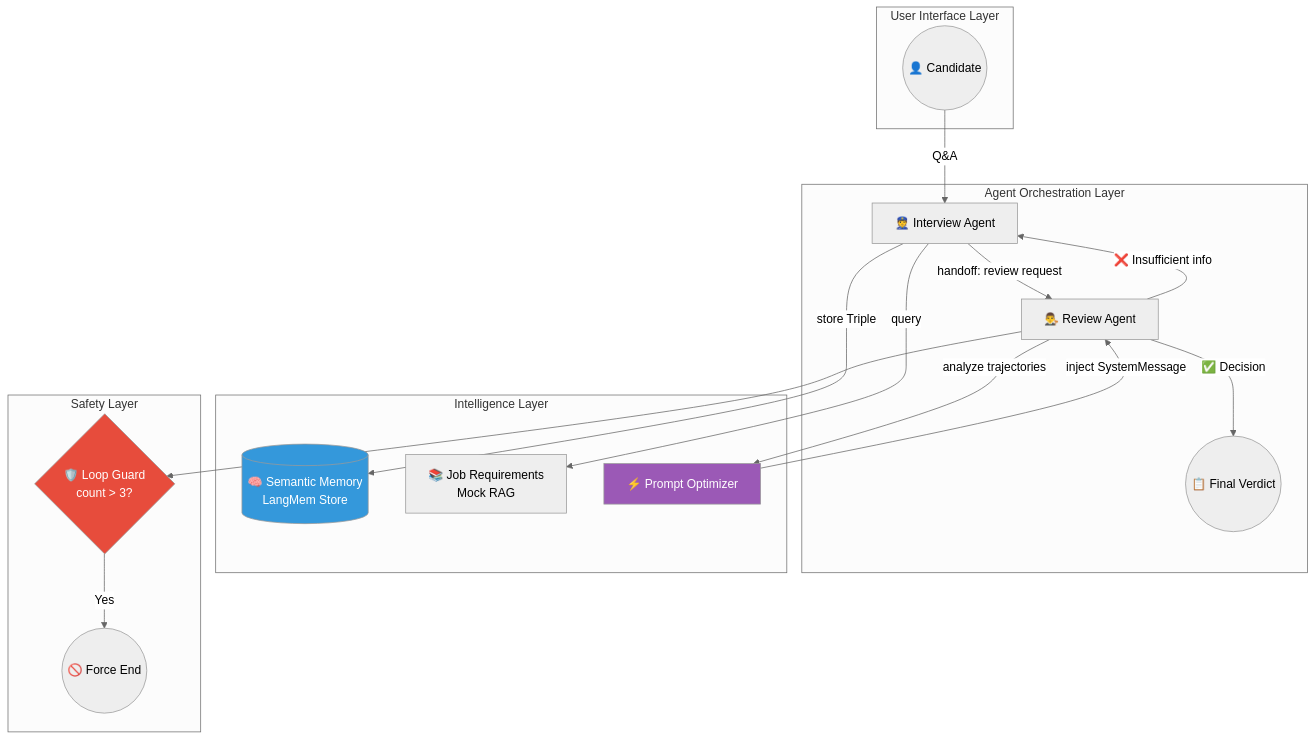
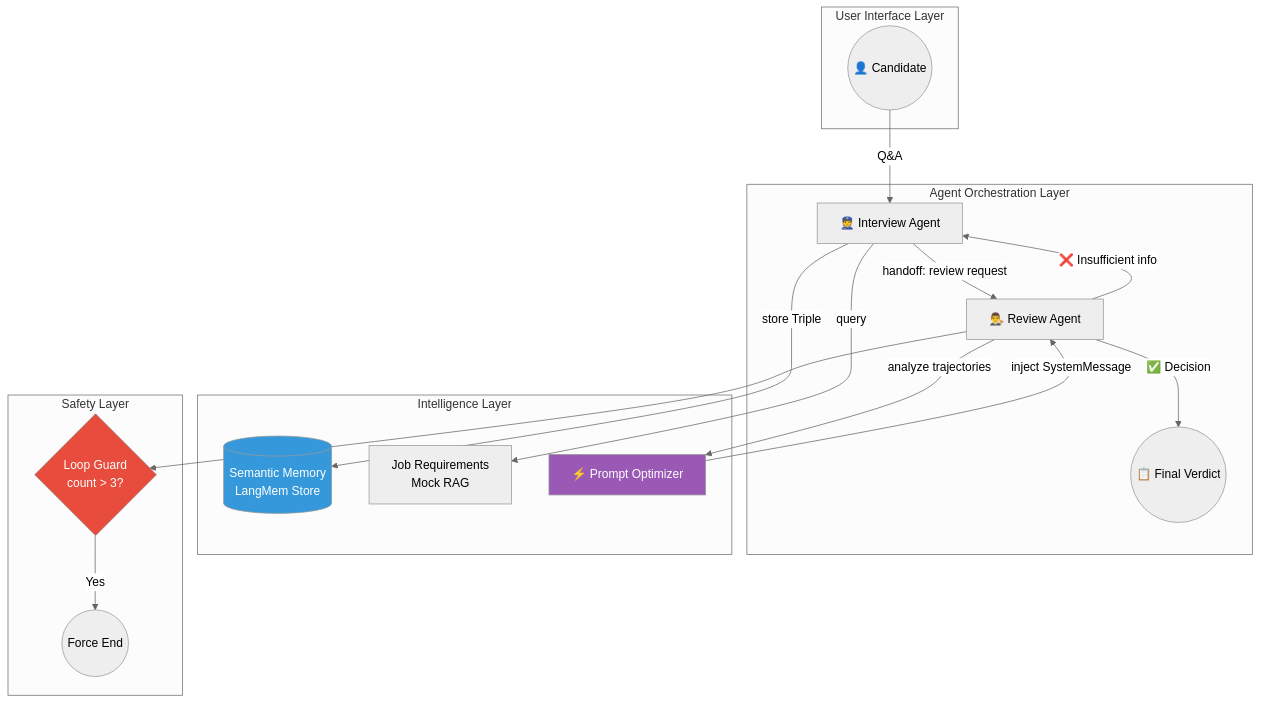
The diagram in README.md (tamagashi-makoto/langgraph-interview-agent), drawn with Mermaid (neutral theme) before and after one commit. The commit also changed other lines of this file, not shown here.

````diff
--- a/README.md
+++ b/README.md
@@ -22,40 +22,40 @@
 ```mermaid
 graph TD
     subgraph UserInterface["User Interface Layer"]
         User((👤 Candidate))
     end
 
     subgraph Orchestration["Agent Orchestration Layer"]
         Interviewer["👮 Interview Agent"]
         Reviewer["👨‍⚖️ Review Agent"]
         End((📋 Final Verdict))
     end
 
     subgraph Intelligence["Intelligence Layer"]
-        Memory[("🧠 Semantic Memory<br/>LangMem Store")]
-        RAG["📚 Job Requirements<br/>Mock RAG"]
+        Memory[("Semantic Memory<br/>LangMem Store")]
+        RAG["Job Requirements<br/>Mock RAG"]
         Optimizer["⚡ Prompt Optimizer"]
     end
 
     subgraph Safety["Safety Layer"]
-        Guard{"🛡️ Loop Guard<br/>count > 3?"}
-        ForceEnd((🚫 Force End))
+        Guard{" Loop Guard<br/>count > 3?"}
+        ForceEnd((Force End))
     end
 
     User -->|"Q&A"| Interviewer
     Interviewer -->|"handoff: review request"| Reviewer
     Reviewer -->|"❌ Insufficient info"| Interviewer
     Reviewer -->|"✅ Decision"| End
 
     Interviewer -->|"store Triple"| Memory
     Interviewer -->|"query"| RAG
     Reviewer -->|"analyze trajectories"| Optimizer
     Optimizer -->|"inject SystemMessage"| Reviewer
 
     Reviewer --> Guard
     Guard -->|"Yes"| ForceEnd
 
     style Optimizer fill:#9B59B6,color:#fff
     style Memory fill:#3498DB,color:#fff
     style Guard fill:#E74C3C,color:#fff
 ```
````
